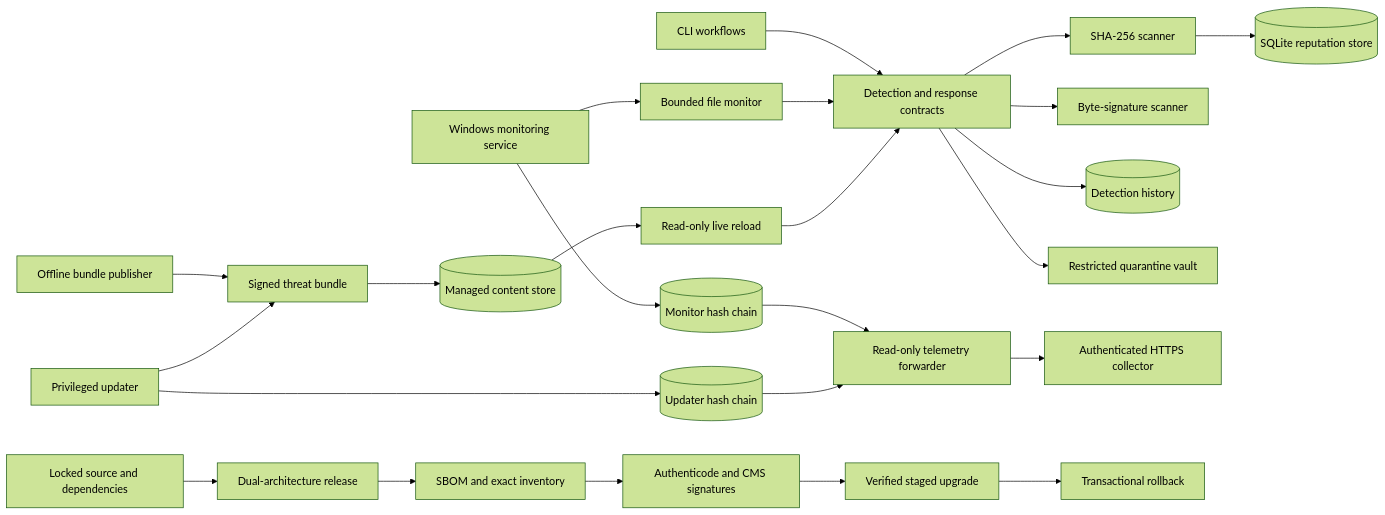
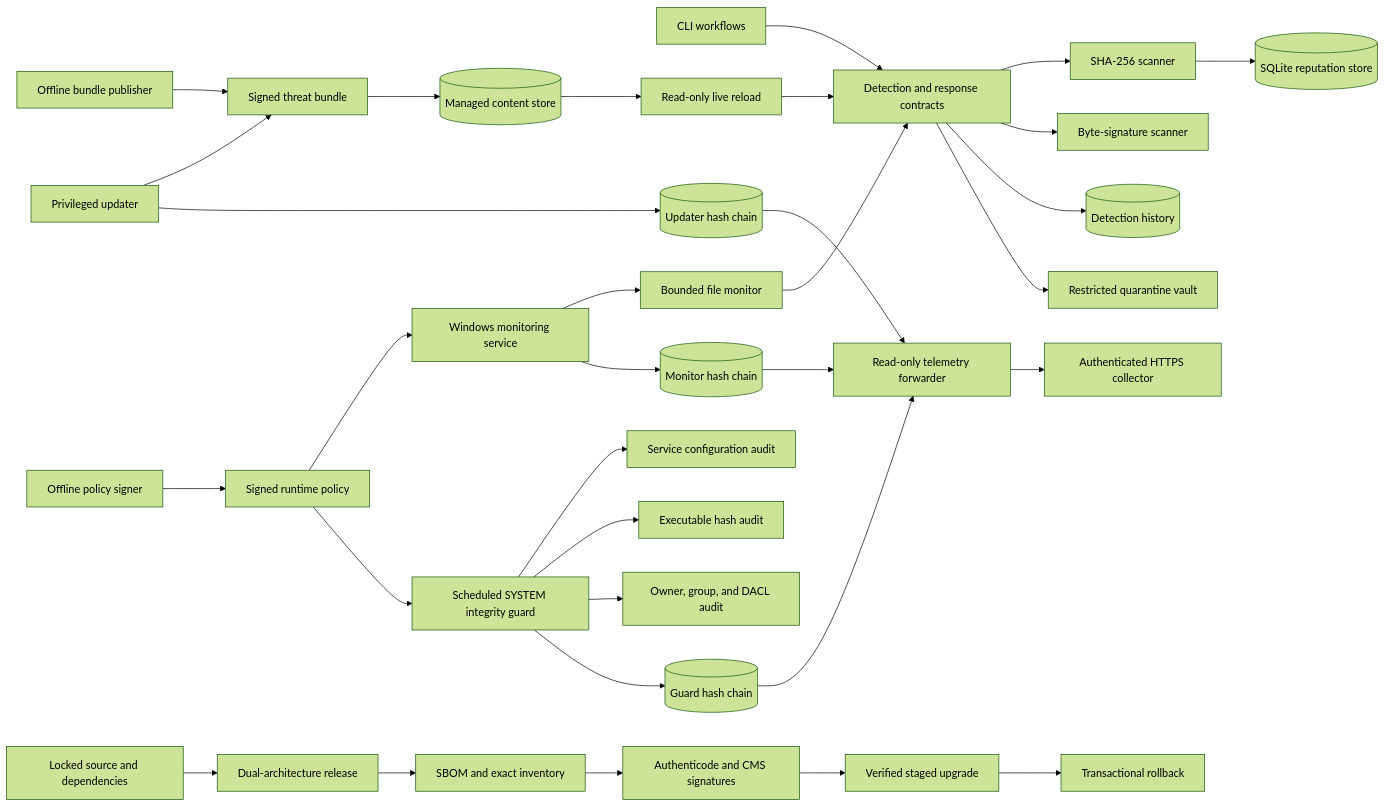
Before and after one commit to Utopias187/UtoAegis-Showcase: the diagram in README.md, drawn with Mermaid (forest theme). The commit also changed other lines of this file, not shown here.

Commit message:
docs: showcase milestone 14 integrity guard

````diff
--- a/README.md
+++ b/README.md
@@ -30,29 +33,38 @@
 ```mermaid
 flowchart LR
     CLI[CLI workflows] --> Core[Detection and response contracts]
     Service[Windows monitoring service] --> Monitor[Bounded file monitor]
     Monitor --> Core
     Core --> Hash[SHA-256 scanner]
     Core --> Signature[Byte-signature scanner]
     Hash --> Reputation[(SQLite reputation store)]
     Core --> History[(Detection history)]
     Core --> Vault[Restricted quarantine vault]
 
     Publisher[Offline bundle publisher] --> Signed[Signed threat bundle]
     Updater[Privileged updater] --> Signed
     Signed --> Content[(Managed content store)]
     Content --> Reload[Read-only live reload]
     Reload --> Core
 
+    PolicySigner[Offline policy signer] --> Policy[Signed runtime policy]
+    Policy --> Service
+    Policy --> Guard[Scheduled SYSTEM integrity guard]
+    Guard --> SCM[Service configuration audit]
+    Guard --> Binary[Executable hash audit]
+    Guard --> ACL[Owner, group, and DACL audit]
+
     Service --> MonitorSpool[(Monitor hash chain)]
     Updater --> UpdaterSpool[(Updater hash chain)]
+    Guard --> GuardSpool[(Guard hash chain)]
     MonitorSpool --> Forwarder[Read-only telemetry forwarder]
     UpdaterSpool --> Forwarder
+    GuardSpool --> Forwarder
     Forwarder --> Collector[Authenticated HTTPS collector]
 
     Source[Locked source and dependencies] --> Release[Dual-architecture release]
     Release --> Evidence[SBOM and exact inventory]
     Evidence --> Signing[Authenticode and CMS signatures]
     Signing --> Deploy[Verified staged upgrade]
     Deploy --> Rollback[Transactional rollback]
 ```
````
